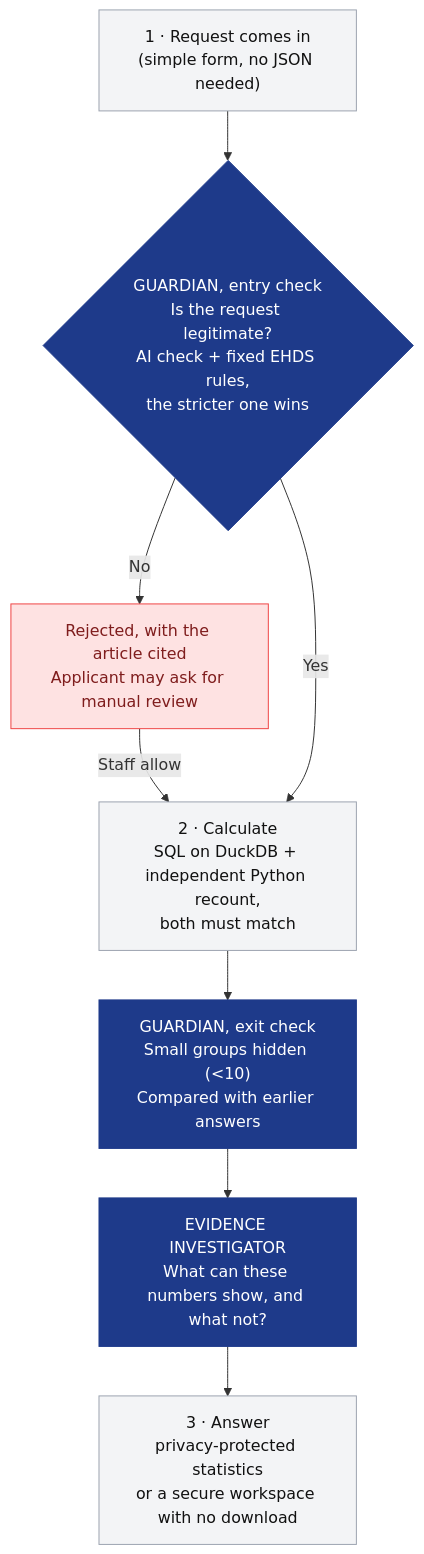
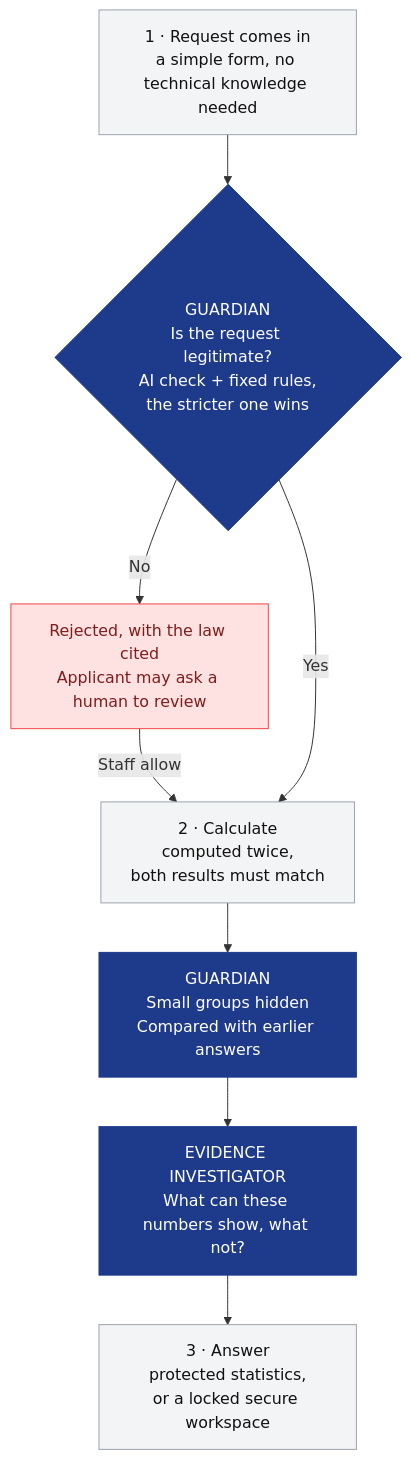
Before and after one commit to fixlings/ehds-agentic-guardian-20261029: the diagram in README.md, drawn with Mermaid. The commit also changed other lines of this file, not shown here.

Commit message:
README: lead with why the solution stands out, plain language for non-technical judges; technical details folded at the end

````diff
--- a/README.md
+++ b/README.md
@@ -31,18 +69,18 @@
 ```mermaid
 flowchart TD
-    A["1 · Request comes in<br/>(simple form, no JSON needed)"] --> G1
-    G1{"GUARDIAN, entry check<br/>Is the request legitimate?<br/>AI check + fixed EHDS rules,<br/>the stricter one wins"}
-    G1 -- "No" --> R["Rejected, with the article cited<br/>Applicant may ask for manual review"]
+    A["1 · Request comes in<br/>a simple form, no technical knowledge needed"] --> G1
+    G1{"GUARDIAN<br/>Is the request legitimate?<br/>AI check + fixed rules,<br/>the stricter one wins"}
+    G1 -- "No" --> R["Rejected, with the law cited<br/>Applicant may ask a human to review"]
     R -- "Staff allow" --> C
-    G1 -- "Yes" --> C["2 · Calculate<br/>SQL on DuckDB + independent Python recount,<br/>both must match"]
-    C --> G2["GUARDIAN, exit check<br/>Small groups hidden (&lt;10)<br/>Compared with earlier answers"]
-    G2 --> E["EVIDENCE INVESTIGATOR<br/>What can these numbers show, and what not?"]
-    E --> O["3 · Answer<br/>privacy-protected statistics<br/>or a secure workspace with no download"]
+    G1 -- "Yes" --> C["2 · Calculate<br/>computed twice,<br/>both results must match"]
+    C --> G2["GUARDIAN<br/>Small groups hidden<br/>Compared with earlier answers"]
+    G2 --> E["EVIDENCE INVESTIGATOR<br/>What can these numbers show, what not?"]
+    E --> O["3 · Answer<br/>protected statistics,<br/>or a locked secure workspace"]
 
     classDef agent fill:#1e3a8a,color:#fff,stroke:#1e3a8a;
     classDef step fill:#f3f4f6,color:#111,stroke:#9ca3af;
     classDef stop fill:#fee2e2,color:#7f1d1d,stroke:#ef4444;
     class G1,G2,E agent;
     class A,C,O step;
     class R stop;
 ```
````
